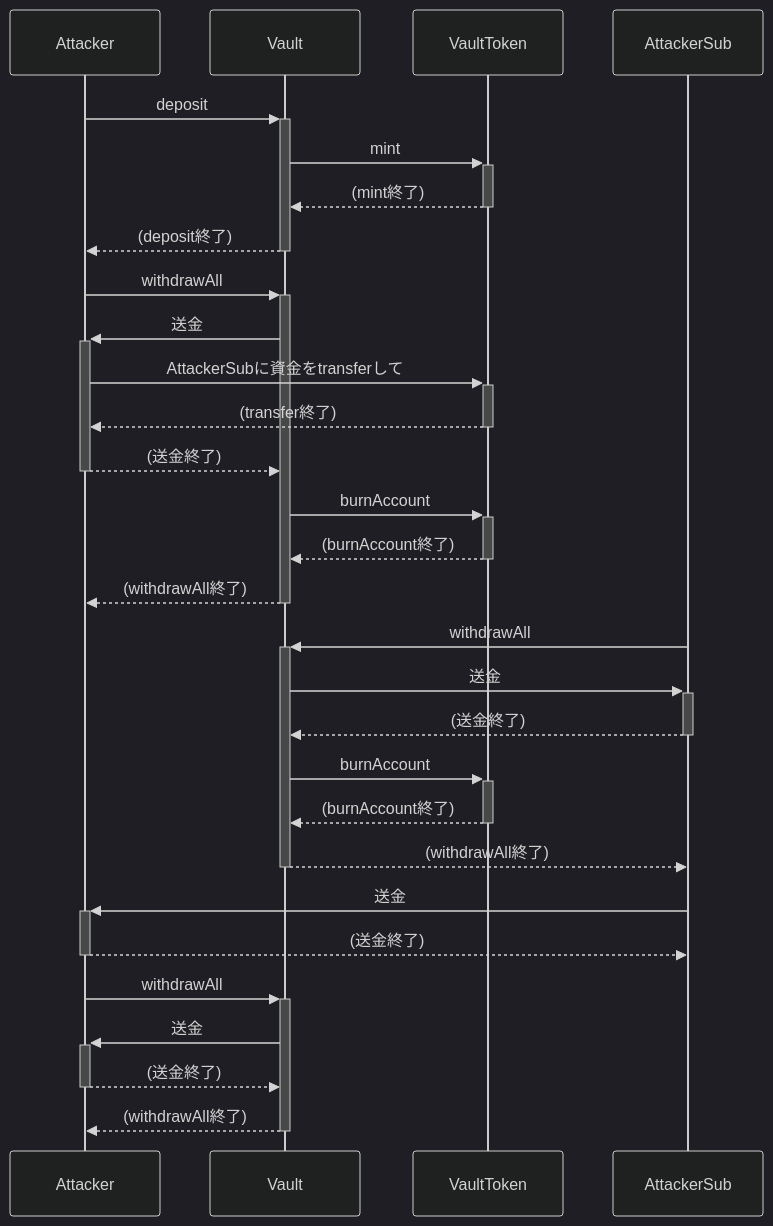
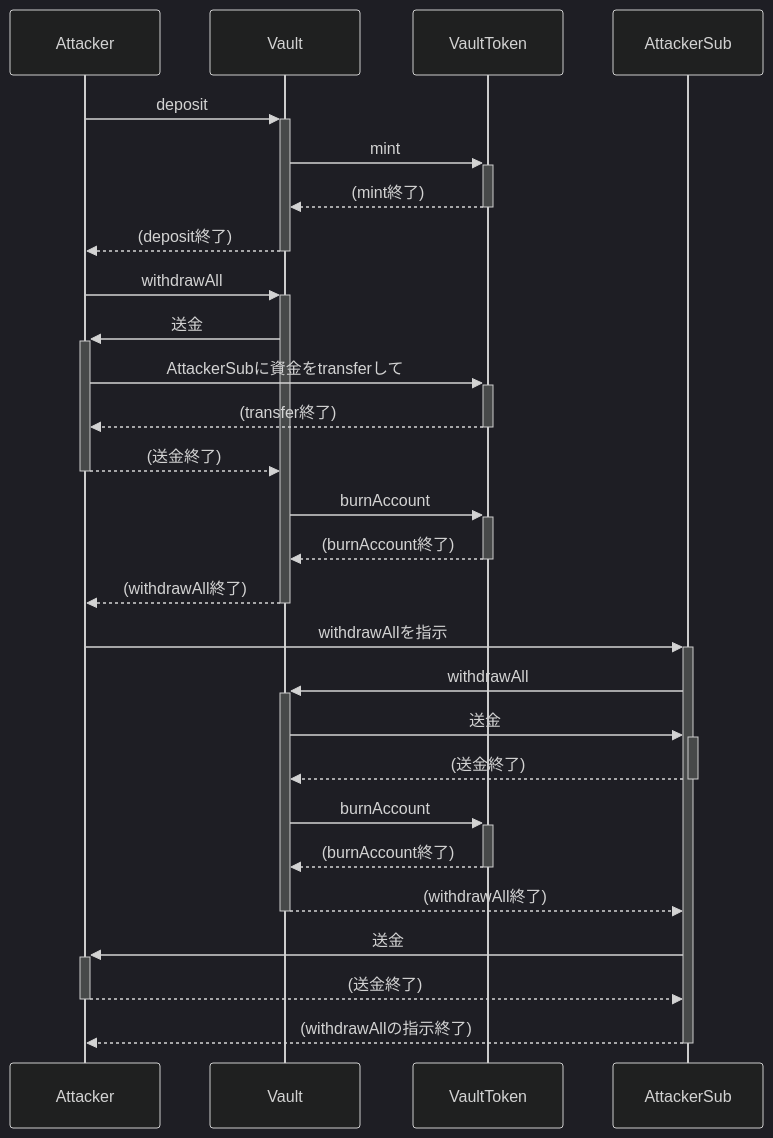
One commit to minaminao/seccamp changed the third of 3 diagrams in course/reentrancy/README.md. Above: the diagram before and after it, drawn with Mermaid (dark theme). The commit also changed other lines of this file, not shown here.

Commit message:
fix: remove unnecessary flow

````diff
--- a/course/reentrancy/README.md
+++ b/course/reentrancy/README.md
@@ -456,32 +452,30 @@
 ```mermaid
 sequenceDiagram
     participant Attacker
     participant Vault
     participant VaultToken
     participant AttackerSub
 
 	Attacker ->>+ Vault: deposit
 	Vault ->>+ VaultToken: mint
 	VaultToken -->>- Vault: (mint終了)
 	Vault -->>- Attacker: (deposit終了)
 	Attacker ->>+ Vault: withdrawAll
 	Vault ->>+ Attacker: 送金
 	Attacker ->>+ VaultToken: AttackerSubに資金をtransferして
 	VaultToken -->>- Attacker: (transfer終了)
 	Attacker -->>- Vault: (送金終了)
 	Vault ->>+ VaultToken: burnAccount
 	VaultToken -->>- Vault: (burnAccount終了)
 	Vault -->>- Attacker: (withdrawAll終了)
+	Attacker ->>+ AttackerSub: withdrawAllを指示
 	AttackerSub ->>+ Vault: withdrawAll
 	Vault ->>+ AttackerSub: 送金
 	AttackerSub -->>- Vault: (送金終了)
 	Vault ->>+ VaultToken: burnAccount
 	VaultToken -->>- Vault: (burnAccount終了)
 	Vault -->>- AttackerSub: (withdrawAll終了)
 	AttackerSub ->>+ Attacker: 送金
 	Attacker -->>- AttackerSub: (送金終了)
-	Attacker ->>+ Vault: withdrawAll
-	Vault ->>+ Attacker: 送金
-	Attacker -->>- Vault: (送金終了)
-	Vault -->>- Attacker: (withdrawAll終了)
+	AttackerSub -->>- Attacker: (withdrawAllの指示終了)
 ```
````
